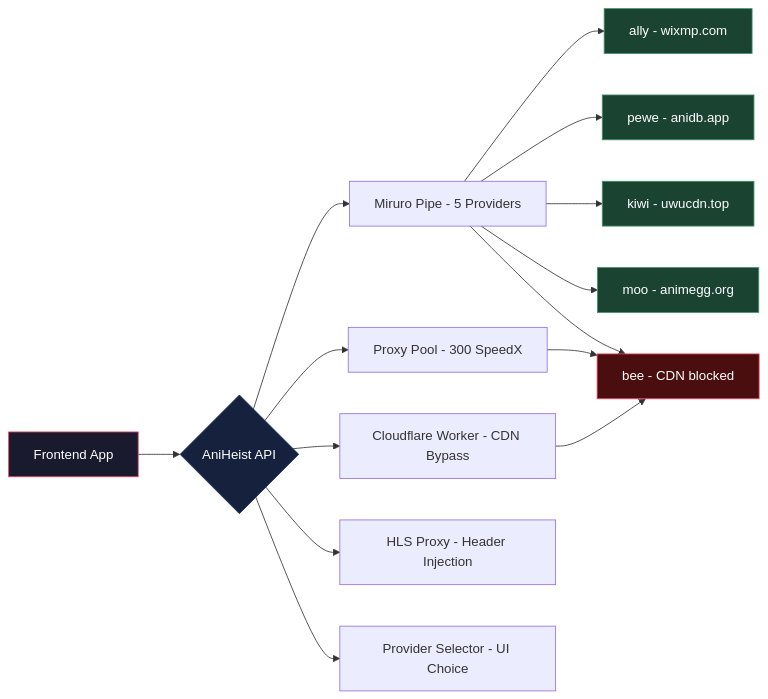
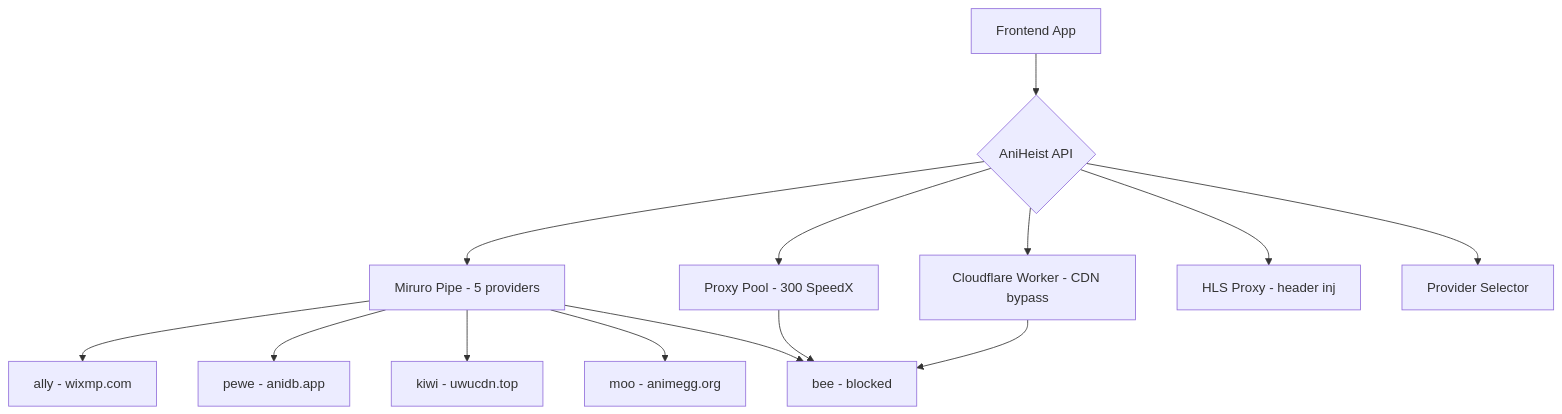
Before and after one commit to ZenHamza/AniHeist-API: the diagram in README.md, drawn with Mermaid. The commit also changed other lines of this file, not shown here.

Commit message:
fix Mermaid rendering: remove style directives and HTML wrapper

````diff
--- a/README.md
+++ b/README.md
@@ -23,24 +21,16 @@
-  ```mermaid
-  graph LR
-      A[Frontend App] --> B{AniHeist API}
-      B --> C[Miruro Pipe - 5 Providers]
-      C --> D[ally - wixmp.com]
-      C --> E[pewe - anidb.app]
-      C --> F[kiwi - uwucdn.top]
-      C --> G[moo - animegg.org]
-      C --> H[bee - CDN blocked]
-      B --> I[Proxy Pool - 300 SpeedX]
-      I --> H
-      B --> J[Cloudflare Worker - CDN Bypass]
-      J --> H
-      B --> K[HLS Proxy - Header Injection]
-      B --> L[Provider Selector - UI Choice]
-
-      style A fill:#1a1a2e,stroke:#e94560,color:#fff
-      style B fill:#16213e,stroke:#0f3460,color:#fff
-      style D fill:#1b4332,stroke:#40916c,color:#fff
-      style E fill:#1b4332,stroke:#40916c,color:#fff
-      style F fill:#1b4332,stroke:#40916c,color:#fff
-      style G fill:#1b4332,stroke:#40916c,color:#fff
-      style H fill:#4a0e0e,stroke:#e94560,color:#fff
-  ```
+```mermaid
+graph TD
+    A[Frontend App] --> B{AniHeist API}
+    B --> C[Miruro Pipe - 5 providers]
+    C --> D[ally - wixmp.com]
+    C --> E[pewe - anidb.app]
+    C --> F[kiwi - uwucdn.top]
+    C --> G[moo - animegg.org]
+    C --> H[bee - blocked]
+    B --> I[Proxy Pool - 300 SpeedX]
+    I --> H
+    B --> J[Cloudflare Worker - CDN bypass]
+    J --> H
+    B --> K[HLS Proxy - header inj]
+    B --> L[Provider Selector]
+```
````
